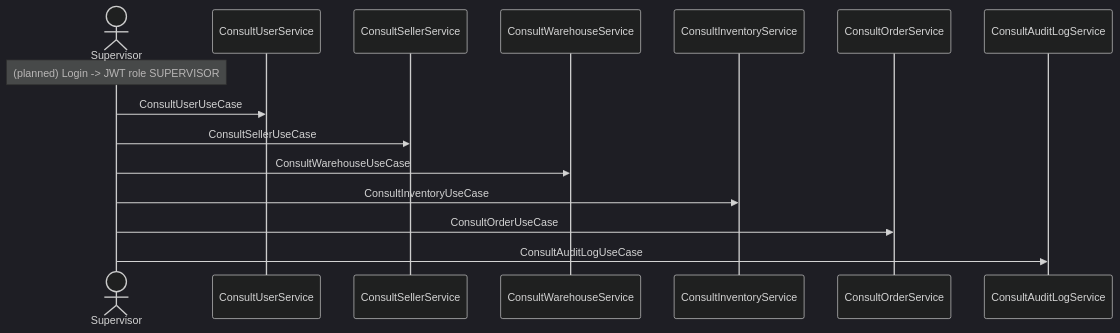
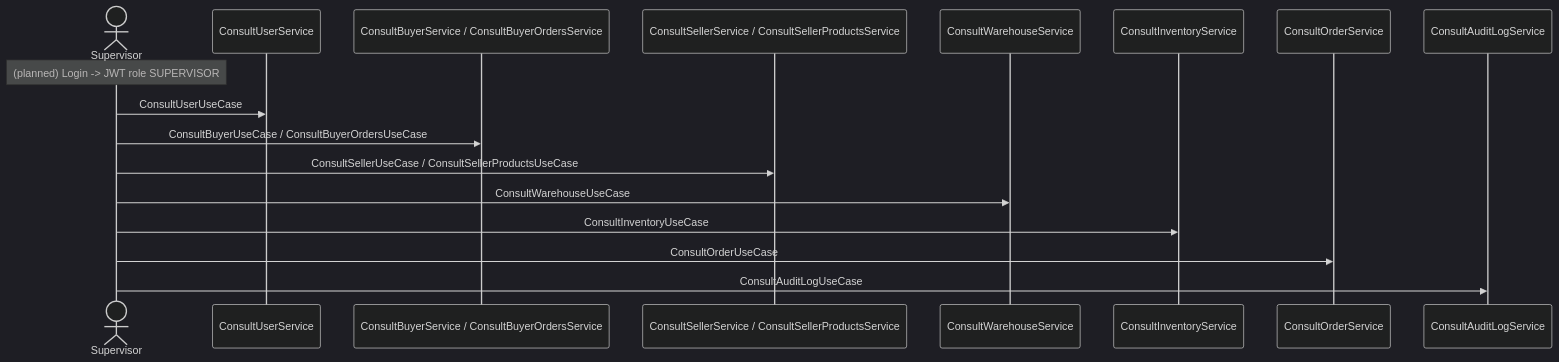
Before and after one commit to sirShovo/market_place: the eighth of 9 diagrams in SDD/Code Walkthrough and Role Flows.md, drawn with Mermaid (dark theme). The commit also changed other lines of this file and 14 other files, not shown here.

````diff
--- a/SDD/Code Walkthrough and Role Flows.md
+++ b/SDD/Code Walkthrough and Role Flows.md
@@ -501,18 +512,20 @@
 ```mermaid
 sequenceDiagram
     actor Sv as Supervisor
     participant Usr as ConsultUserService
-    participant Sel as ConsultSellerService
+    participant Buy as ConsultBuyerService / ConsultBuyerOrdersService
+    participant Sel as ConsultSellerService / ConsultSellerProductsService
     participant Wh as ConsultWarehouseService
     participant Inv as ConsultInventoryService
     participant Ord as ConsultOrderService
     participant Aud as ConsultAuditLogService
 
     Note over Sv: (planned) Login -> JWT role SUPERVISOR
     Sv->>Usr: ConsultUserUseCase
-    Sv->>Sel: ConsultSellerUseCase
+    Sv->>Buy: ConsultBuyerUseCase / ConsultBuyerOrdersUseCase
+    Sv->>Sel: ConsultSellerUseCase / ConsultSellerProductsUseCase
     Sv->>Wh: ConsultWarehouseUseCase
     Sv->>Inv: ConsultInventoryUseCase
     Sv->>Ord: ConsultOrderUseCase
     Sv->>Aud: ConsultAuditLogUseCase
 ```
````
